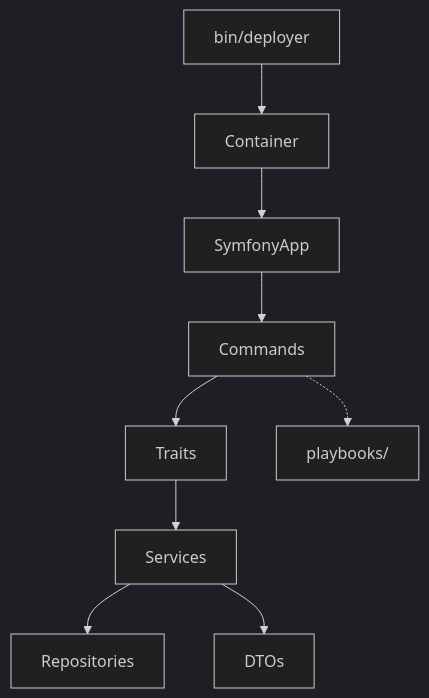
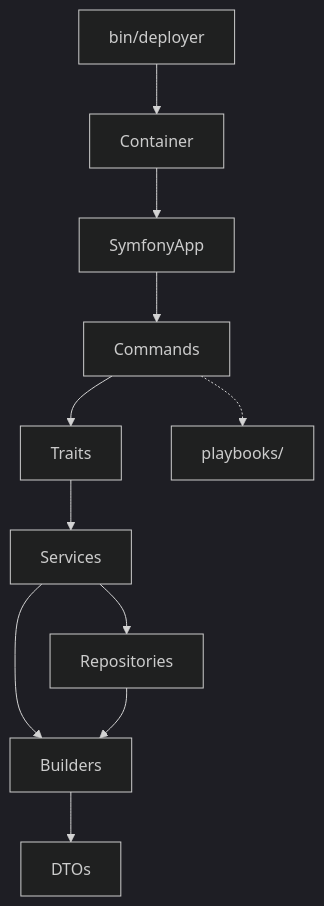
One commit to loadinglucian/dotclaude changed the first of 2 diagrams in deployer-php/rules/main.md. Above: the diagram before and after it, drawn with Mermaid (dark theme). The commit also changed other lines of this file and 3 other files, not shown here.

````diff
--- a/deployer-php/rules/main.md
+++ b/deployer-php/rules/main.md
@@ -9,7 +9,8 @@
 ```mermaid
 flowchart TD
     bin/deployer --> Container --> SymfonyApp --> Commands
     Commands --> Traits --> Services --> Repositories
-    Services --> DTOs
+    Services --> Builders --> DTOs
+    Repositories --> Builders
     Commands -.-> playbooks[playbooks/]
 ```
````
